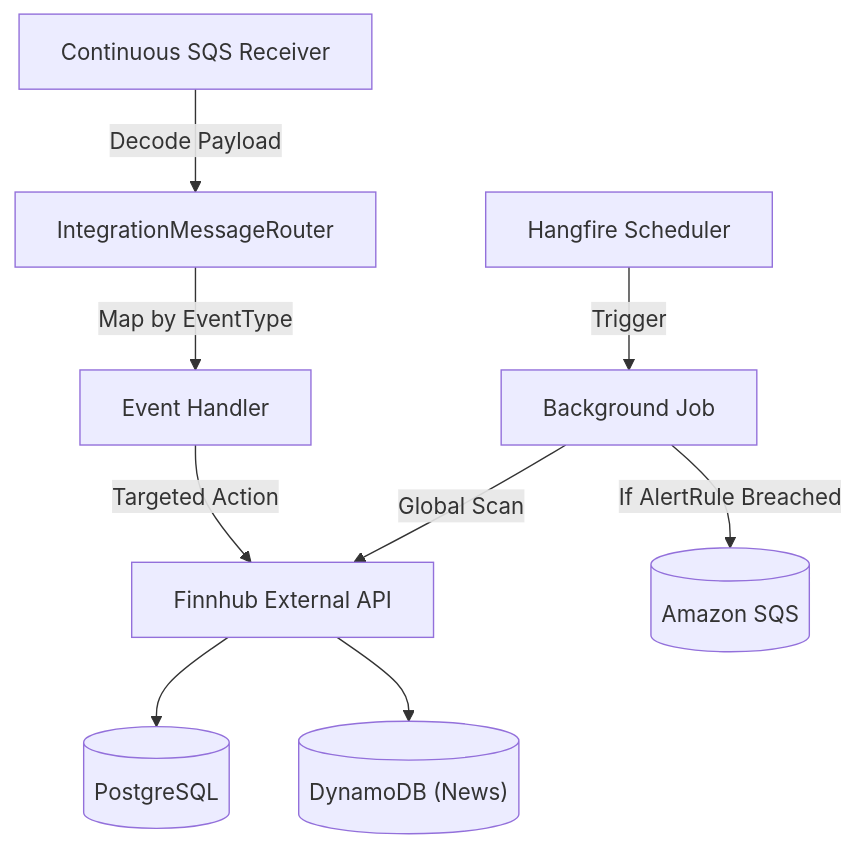
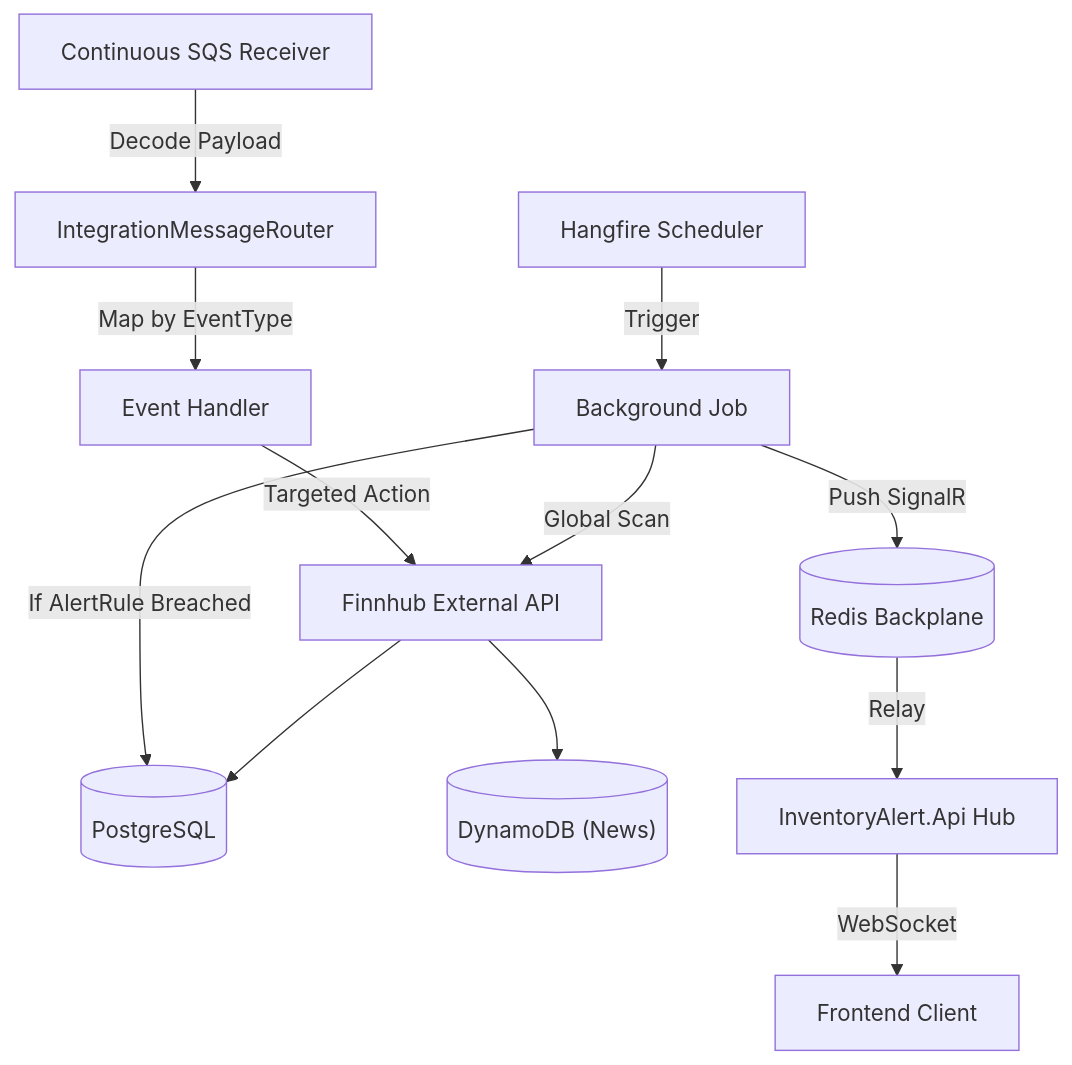
The diagram in InventoryAlert.Wiki/docs/06-background-jobs/workers.md (nhonvo/InvestManagementSystem), drawn with Mermaid before and after one commit. The commit also changed other lines of this file and 77 other files, not shown here.

````diff
--- a/InventoryAlert.Wiki/docs/06-background-jobs/workers.md
+++ b/InventoryAlert.Wiki/docs/06-background-jobs/workers.md
@@ -12,14 +13,17 @@
 ```mermaid
 graph TD
     HF["Hangfire Scheduler"] -->|Trigger| Job["Background Job"]
     SQSPoll["Continuous SQS Receiver"] -->|Decode Payload| Router["IntegrationMessageRouter"]
     Router -->|Map by EventType| Handler["Event Handler"]
 
     Job -->|Global Scan| Finnhub["Finnhub External API"]
     Handler -->|Targeted Action| Finnhub
 
     Finnhub --> DB[("PostgreSQL")]
     Finnhub --> Dynamo[("DynamoDB (News)")]
 
-    Job -->|If AlertRule Breached| SQS[("Amazon SQS")]
+    Job -->|If AlertRule Breached| DB
+    Job -->|Push SignalR| Redis[(Redis Backplane)]
+    Redis -->|Relay| API[InventoryAlert.Api Hub]
+    API -->|WebSocket| UI[Frontend Client]
 ```
````
